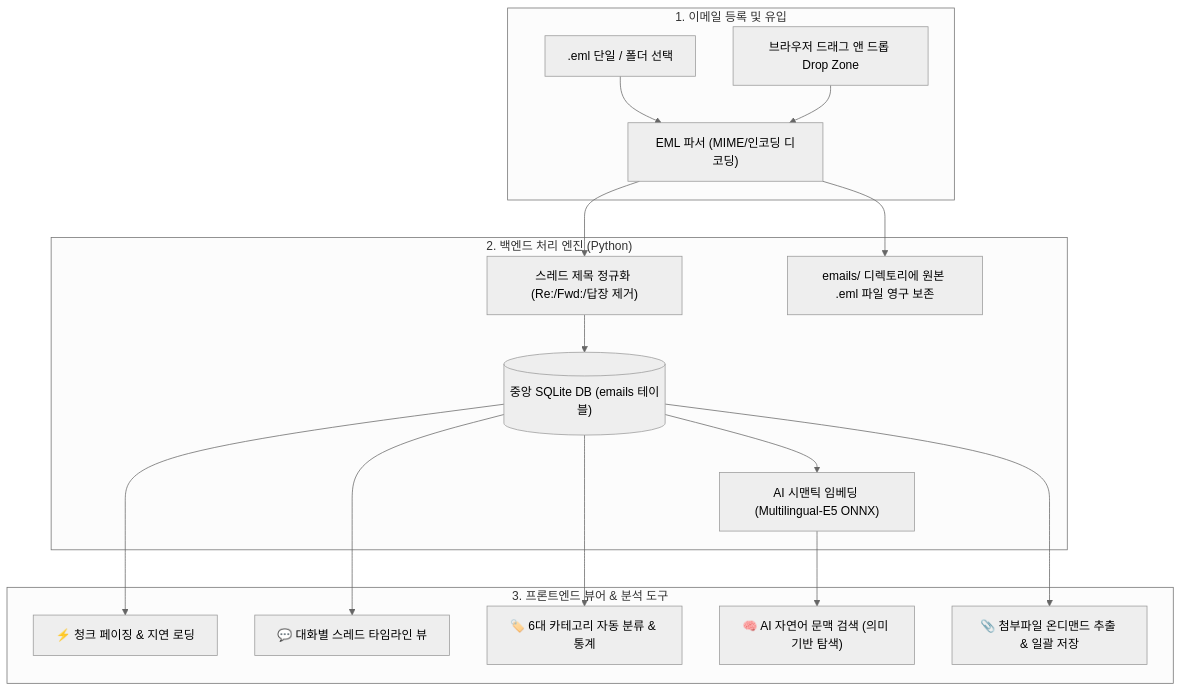
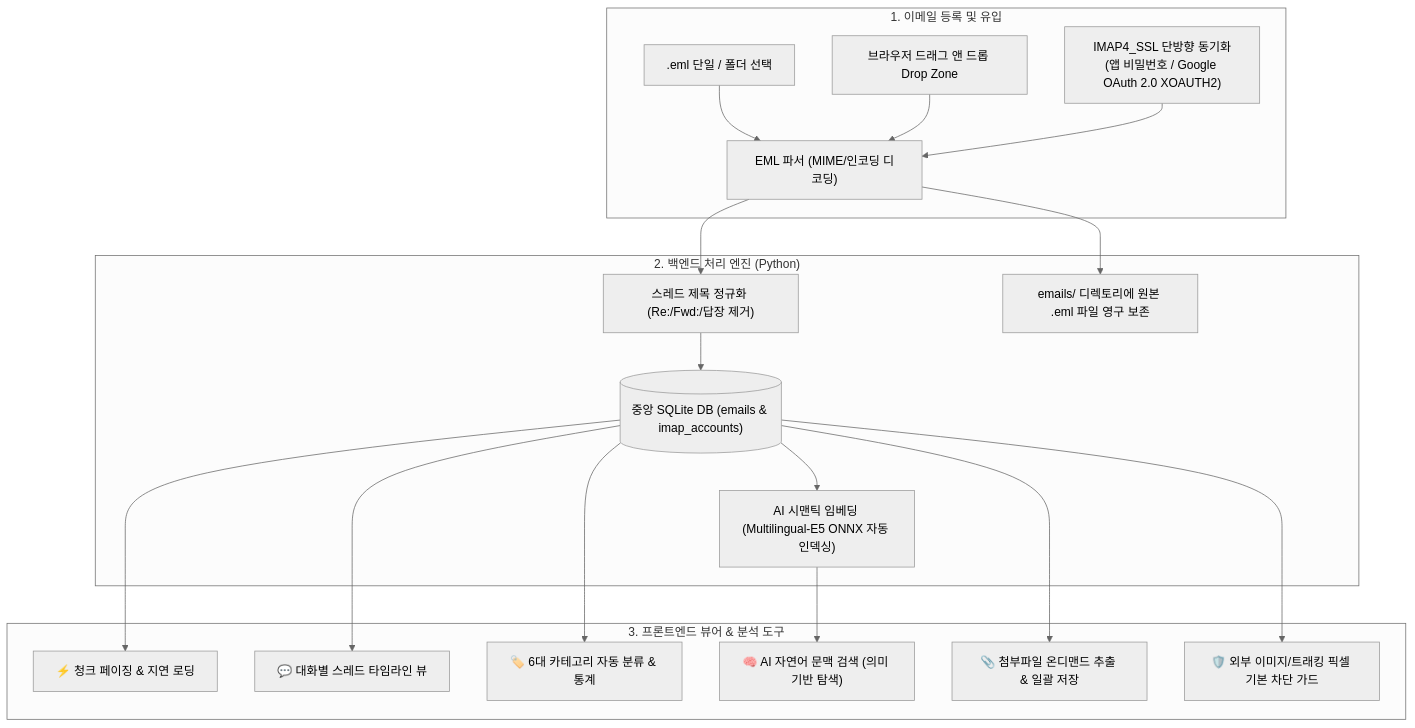
One commit to JudeRester/Util-Tools changed the first of 2 diagrams in docs/EMAIL_ARCHIVE.md. Above: the diagram before and after it, drawn with Mermaid (neutral theme). The commit also changed other lines of this file and 7 other files, not shown here.

````diff
--- a/docs/EMAIL_ARCHIVE.md
+++ b/docs/EMAIL_ARCHIVE.md
@@ -9,22 +9,24 @@
 ```mermaid
 flowchart TD
     subgraph Ingest ["1. 이메일 등록 및 유입"]
         A1[".eml 단일 / 폴더 선택"] --> B["EML 파서 (MIME/인코딩 디코딩)"]
         A2["브라우저 드래그 앤 드롭 Drop Zone"] --> B
+        A3["IMAP4_SSL 단방향 동기화\n(앱 비밀번호 / Google OAuth 2.0 XOAUTH2)"] --> B
     end
 
     subgraph CoreEngine ["2. 백엔드 처리 엔진 (Python)"]
         B --> C["스레드 제목 정규화 (Re:/Fwd:/답장 제거)"]
-        C --> D[("중앙 SQLite DB (emails 테이블)")]
-        D --> E["AI 시맨틱 임베딩 (Multilingual-E5 ONNX)"]
+        C --> D[("중앙 SQLite DB (emails & imap_accounts)")]
+        D --> E["AI 시맨틱 임베딩 (Multilingual-E5 ONNX 자동 인덱싱)"]
         B --> F["emails/ 디렉토리에 원본 .eml 파일 영구 보존"]
     end
 
     subgraph UIViewer ["3. 프론트엔드 뷰어 & 분석 도구"]
         D --> G["⚡ 청크 페이징 & 지연 로딩"]
         D --> H["💬 대화별 스레드 타임라인 뷰"]
         D --> I["🏷️ 6대 카테고리 자동 분류 & 통계"]
         E --> J["🧠 AI 자연어 문맥 검색 (의미 기반 탐색)"]
         D --> K["📎 첨부파일 온디맨드 추출 & 일괄 저장"]
+        D --> L["🛡️ 외부 이미지/트래킹 픽셀 기본 차단 가드"]
     end
 ```
````
